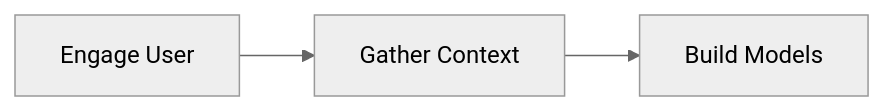
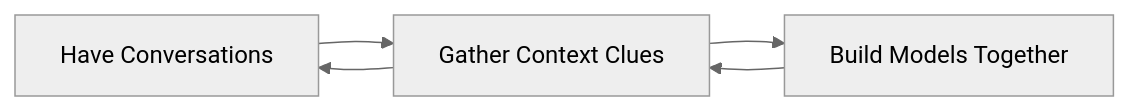
The diagram in pages/philosophy.md (aCoodleDoo/py-intro), drawn with Mermaid (neutral theme) before and after one commit. The commit also changed other lines of this file and 8 other files, not shown here.

````diff
--- a/pages/philosophy.md
+++ b/pages/philosophy.md
@@ -18,6 +5,6 @@
 ```mermaid
 flowchart LR
-A[Engage User] --> B[Gather Context]
-B --> C[Build Models]
+A[Have Conversations] --> B[Gather Context Clues] --> A[Have Conversations]
+B --> C[Build Models Together] --> B[Gather Context Clues]
 
 ```
````
